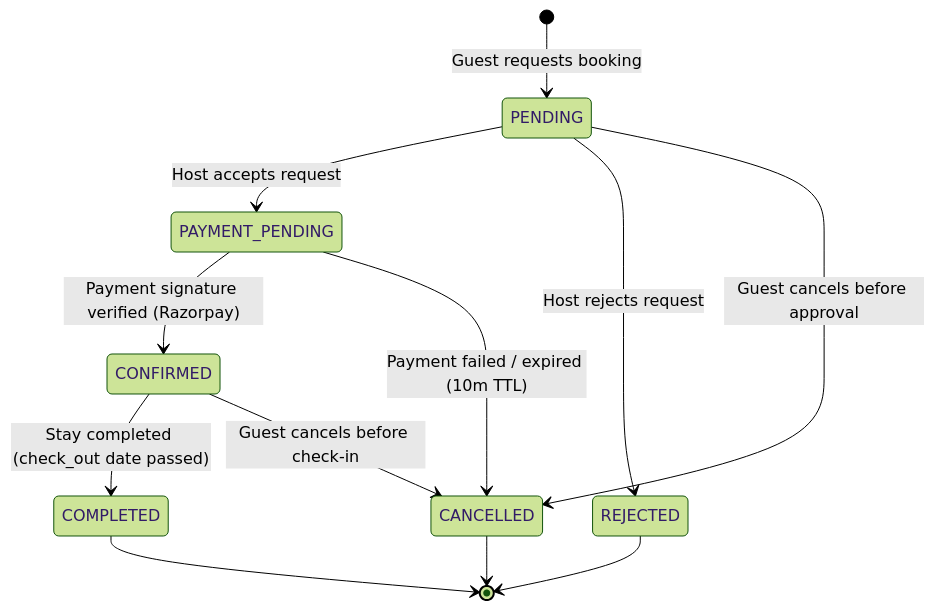
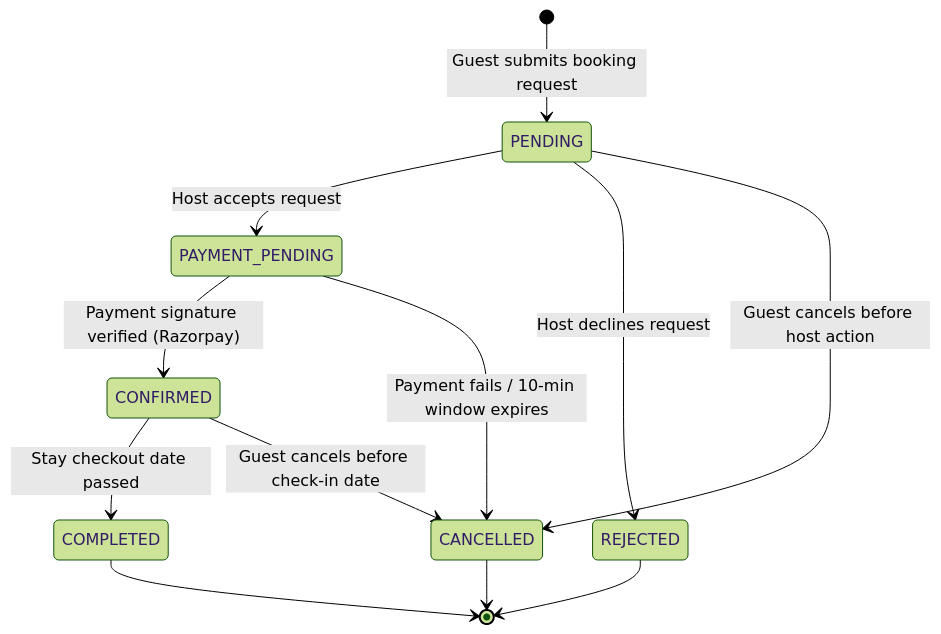
One commit to omkarswami20/VistoraServer changed the fourth of 6 diagrams in SYSTEM_FLOW_AND_ARCHITECTURE.md. Above: the diagram before and after it, drawn with Mermaid (forest theme). The commit also changed other lines of this file and 1 other file, not shown here.

````diff
--- a/SYSTEM_FLOW_AND_ARCHITECTURE.md
+++ b/SYSTEM_FLOW_AND_ARCHITECTURE.md
@@ -243,17 +320,17 @@
 ```mermaid
 stateDiagram-v2
-    [*] --> PENDING: Guest requests booking
+    [*] --> PENDING: Guest submits booking request
     PENDING --> PAYMENT_PENDING: Host accepts request
-    PENDING --> REJECTED: Host rejects request
-    PENDING --> CANCELLED: Guest cancels before approval
+    PENDING --> REJECTED: Host declines request
+    PENDING --> CANCELLED: Guest cancels before host action
     
     PAYMENT_PENDING --> CONFIRMED: Payment signature verified (Razorpay)
-    PAYMENT_PENDING --> CANCELLED: Payment failed / expired (10m TTL)
+    PAYMENT_PENDING --> CANCELLED: Payment fails / 10-min window expires
     
-    CONFIRMED --> COMPLETED: Stay completed (check_out date passed)
-    CONFIRMED --> CANCELLED: Guest cancels before check-in
+    CONFIRMED --> COMPLETED: Stay checkout date passed
+    CONFIRMED --> CANCELLED: Guest cancels before check-in date
     
     COMPLETED --> [*]
     CANCELLED --> [*]
     REJECTED --> [*]
 ```
````
